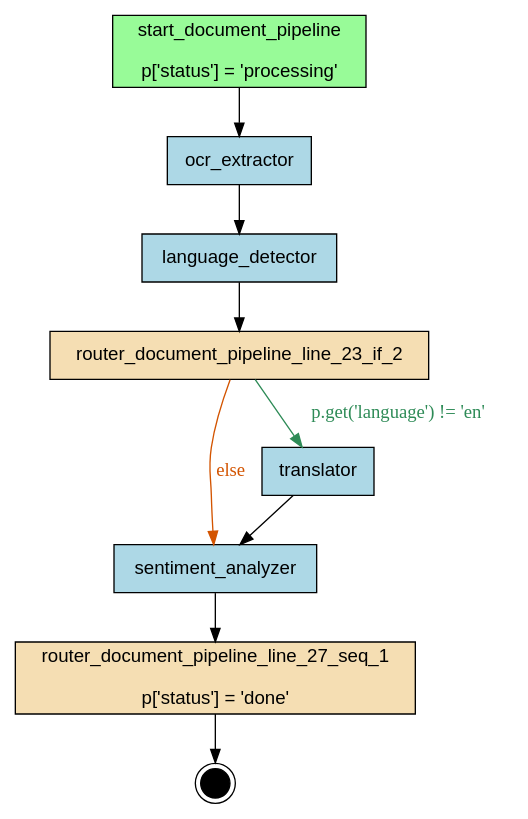
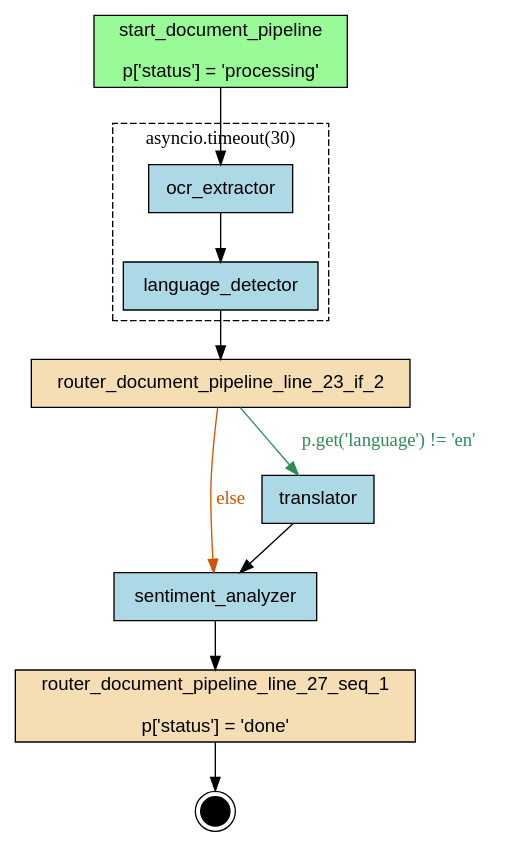
One commit to deliveryhero/asya changed the diagram in examples/flows/compiled/with_asyncio_timeout/flow.dot. Above: the diagram before and after it, drawn with Graphviz. The commit also changed 10 other files, not shown here.

First line of the commit message:
feat(compiler): render context manager scopes as dashed subgraphs in flow diagrams

```diff
--- a/examples/flows/compiled/with_asyncio_timeout/flow.dot
+++ b/examples/flows/compiled/with_asyncio_timeout/flow.dot
@@ -1,25 +1,31 @@
 digraph "document_pipeline" {
     rankdir=TB;
     node [shape=box, style=filled, fontname="Helvetica"];
 
     { rank=source; start_document_pipeline; }
 
     language_detector [label="language_detector", fillcolor=lightblue];
     ocr_extractor [label="ocr_extractor", fillcolor=lightblue];
     router_document_pipeline_line_23_if_2 [label="router_document_pipeline_line_23_if_2", fillcolor=wheat];
     router_document_pipeline_line_27_seq_1 [label="router_document_pipeline_line_27_seq_1\n\np['status'] = 'done'", fillcolor=wheat];
     sentiment_analyzer [label="sentiment_analyzer", fillcolor=lightblue];
     start_document_pipeline [label="start_document_pipeline\n\np['status'] = 'processing'", fillcolor=palegreen];
     translator [label="translator", fillcolor=lightblue];
 
     __end__ [label="", shape=doublecircle, fillcolor=black, width=0.3, fixedsize=true];
 
     start_document_pipeline -> ocr_extractor;
     ocr_extractor -> language_detector;
     language_detector -> router_document_pipeline_line_23_if_2;
     router_document_pipeline_line_23_if_2 -> translator [label="p.get('language') != 'en'", color="#2E8B57", fontcolor="#2E8B57"];
     translator -> sentiment_analyzer;
     sentiment_analyzer -> router_document_pipeline_line_27_seq_1;
     router_document_pipeline_line_23_if_2 -> sentiment_analyzer [label="else", color="#D35400", fontcolor="#D35400"];
     router_document_pipeline_line_27_seq_1 -> __end__;
+    subgraph cluster_asyncio_timeout_30_ {
+        label="asyncio.timeout(30)";
+        style=dashed;
+        ocr_extractor;
+        language_detector;
+    }
 }
```
